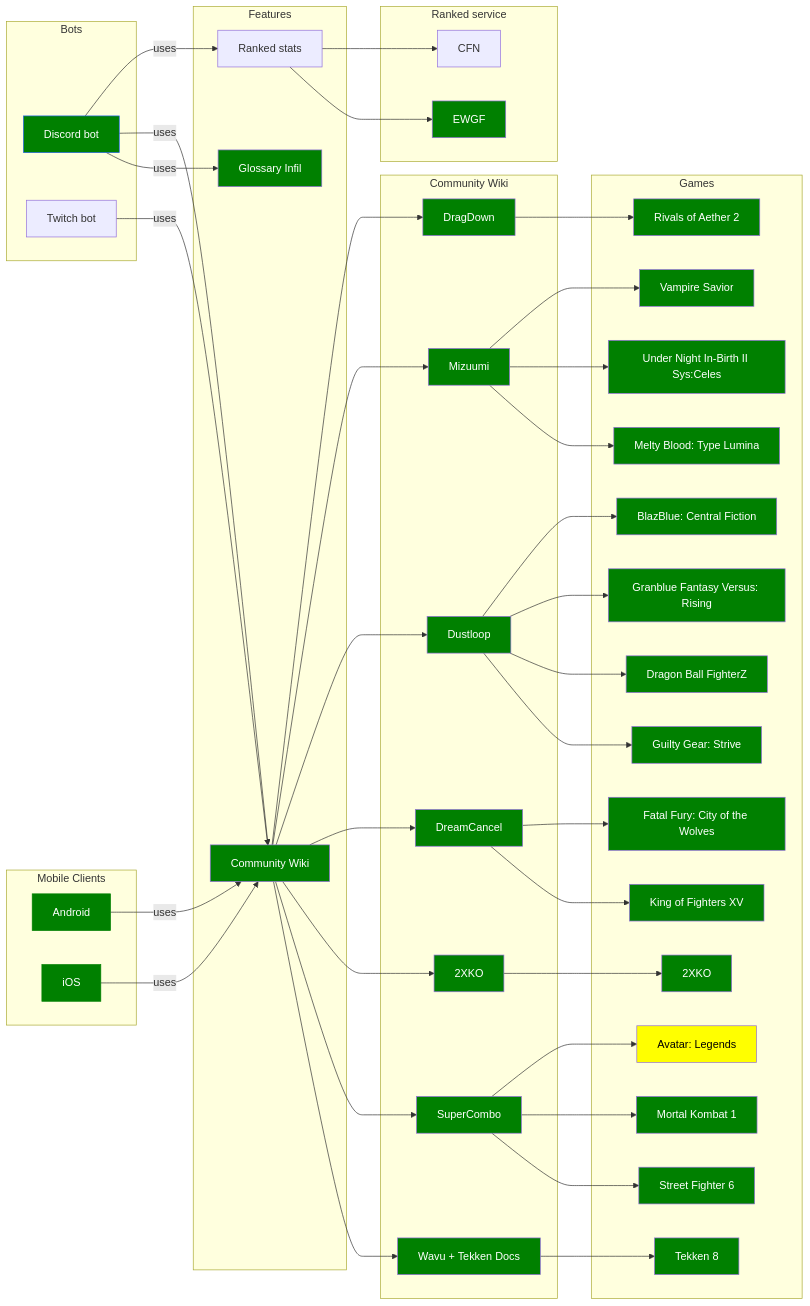
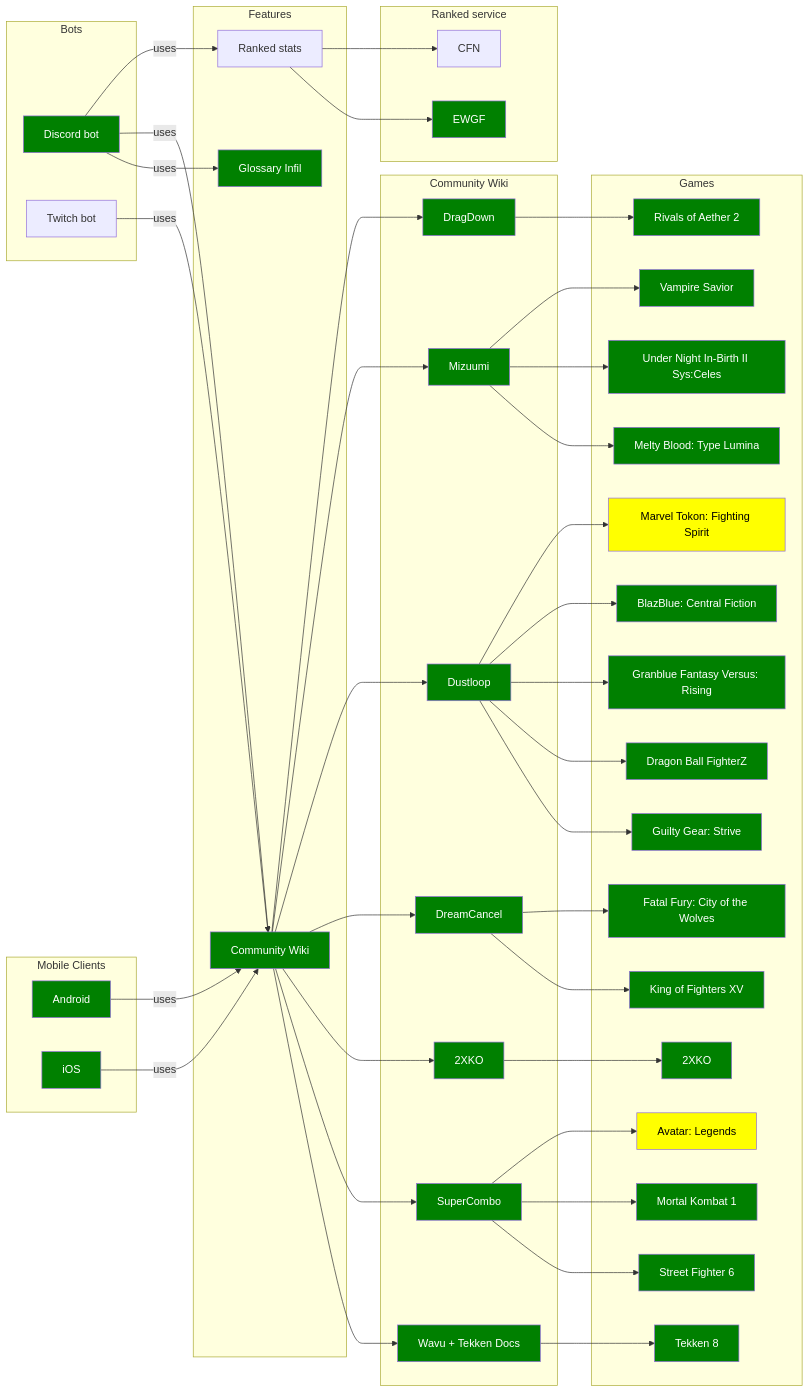
The diagram in README.md (Sophon/FightingNerd), drawn with Mermaid before and after one commit. The commit also changed 117 other files, not shown here.

````diff
--- a/README.md
+++ b/README.md
@@ -117,6 +117,7 @@
     vsav[Vampire Savior]
     avl[Avatar: Legends]
     roa[Rivals of Aether 2]
+    mtfs[Marvel Tokon: Fighting Spirit]
   end
 
   subgraph Ranked service
@@ -151,6 +152,7 @@
   dustloop --> dbfz
   dustloop --> gbvsr
   dustloop --> bbcf
+  dustloop --> mtfs
   2xko --> xko
   dreamcancel --> kof15
   dreamcancel --> cotw
@@ -160,9 +162,9 @@
   dragdown --> roa
 
 
-  style discordBot fill:green,stroke:#2563EB, color:#fff
-  style android fill:green,stroke:green, color:#fff
-  style iOS fill:green,stroke:green, color:#fff
+  style discordBot fill:green, color:#fff
+  style android fill:green, color:#fff
+  style iOS fill:green, color:#fff
   style glossaryInfil fill:green, color:#fff
   style communityWiki fill:green, color:#fff
   style wikiWavu fill:green, color:#fff
@@ -187,5 +189,6 @@
   style vsav fill:green, color:#fff
   style ewgf fill:green, color:#fff
   style avl fill:yellow, color:#000
+  style mtfs fill:yellow, color:#000
   style roa fill:green, color:#fff
-  ```
+```
````
